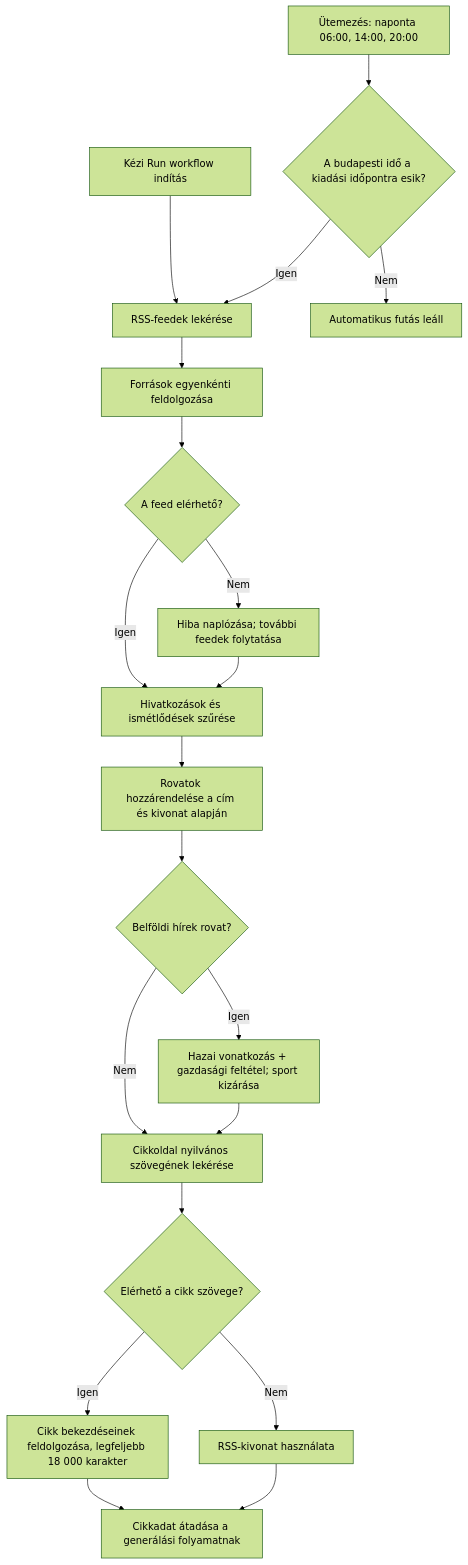
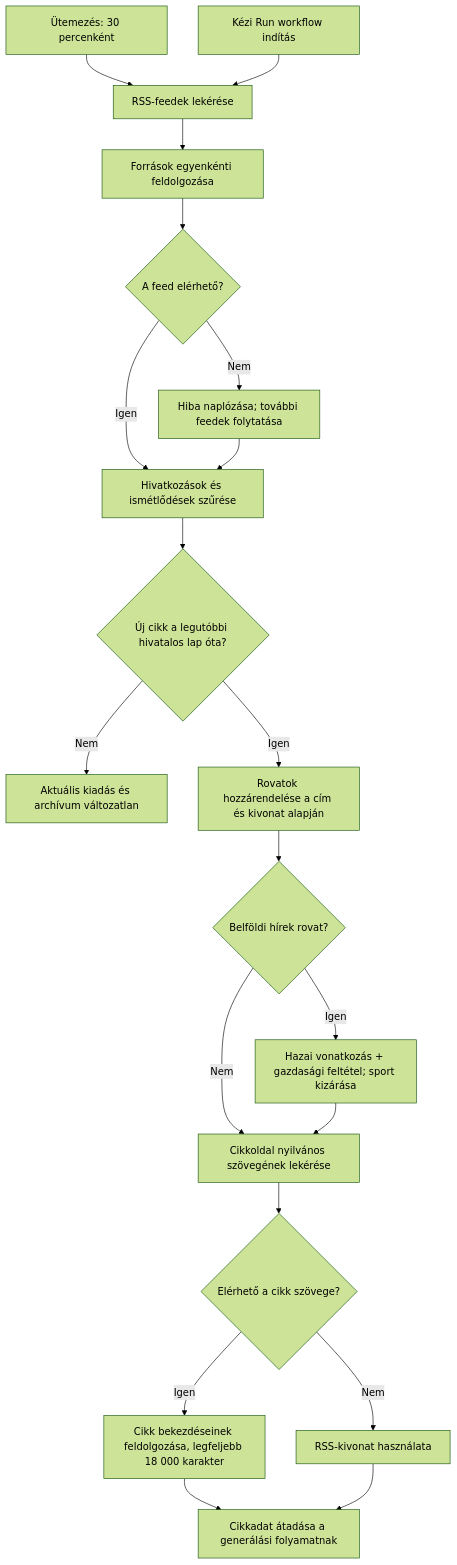
The second of 5 diagrams in Dokumentumok/NANONews-mukodesi-leiras.md (ngynrbrt-prog/nanonews), drawn with Mermaid (forest theme) before and after one commit. The commit also changed other lines of this file and 3 other files, not shown here.

````diff
--- a/Dokumentumok/NANONews-mukodesi-leiras.md
+++ b/Dokumentumok/NANONews-mukodesi-leiras.md
@@ -104,22 +100,22 @@
 ```mermaid
 flowchart TD
-  schedule["Ütemezés: naponta 06:00, 14:00, 20:00"] --> timecheck{"A budapesti idő a kiadási időpontra esik?"}
-  manual["Kézi Run workflow indítás"] --> fetch["RSS-feedek lekérése"]
-  timecheck -->|Igen| fetch
-  timecheck -->|Nem| stop["Automatikus futás leáll"]
+  schedule["Ütemezés: 30 percenként"] --> fetch["RSS-feedek lekérése"]
+  manual["Kézi Run workflow indítás"] --> fetch
   fetch --> feeds["Források egyenkénti feldolgozása"]
   feeds --> available{"A feed elérhető?"}
   available -->|Nem| log["Hiba naplózása; további feedek folytatása"]
   available -->|Igen| dedupe["Hivatkozások és ismétlődések szűrése"]
   log --> dedupe
-  dedupe --> topics["Rovatok hozzárendelése a cím és kivonat alapján"]
+  dedupe --> newer{"Új cikk a legutóbbi hivatalos lap óta?"}
+  newer -->|Nem| unchanged["Aktuális kiadás és archívum változatlan"]
+  newer -->|Igen| topics["Rovatok hozzárendelése a cím és kivonat alapján"]
   topics --> domestic{"Belföldi hírek rovat?"}
   domestic -->|Igen| econ["Hazai vonatkozás + gazdasági feltétel; sport kizárása"]
   domestic -->|Nem| article["Cikkoldal nyilvános szövegének lekérése"]
   econ --> article
   article --> body{"Elérhető a cikk szövege?"}
   body -->|Igen| full["Cikk bekezdéseinek feldolgozása, legfeljebb 18 000 karakter"]
   body -->|Nem| excerpt["RSS-kivonat használata"]
   full --> prepare["Cikkadat átadása a generálási folyamatnak"]
   excerpt --> prepare
 ```
````
